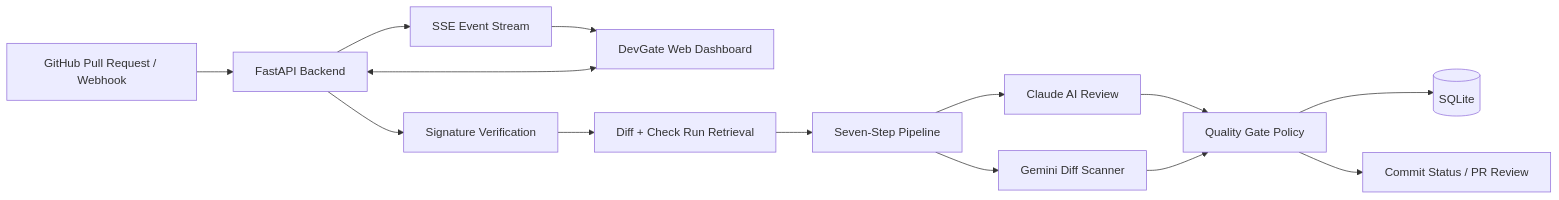
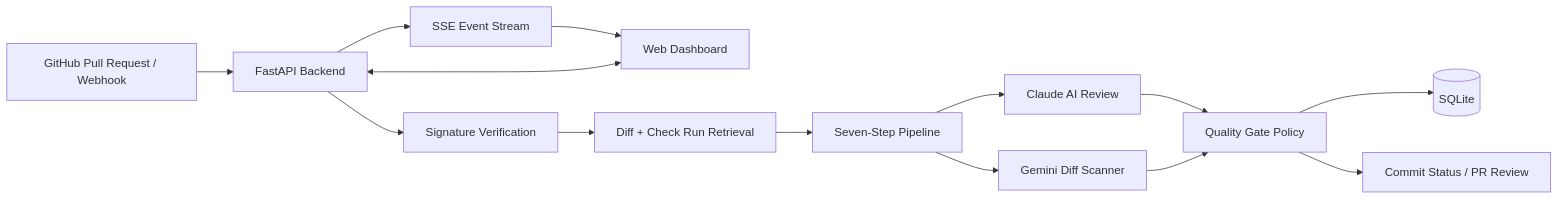
Before and after one commit to Hacksking/Psuedo-Help-console: the first of 2 diagrams in README.md, drawn with Mermaid. The commit also changed other lines of this file and 6 other files, not shown here.

````diff
--- a/README.md
+++ b/README.md
@@ -101,16 +131,16 @@
 ```mermaid
 flowchart LR
     GH[GitHub Pull Request / Webhook] --> API[FastAPI Backend]
-    UI[DevGate Web Dashboard] <--> API
+    UI[Web Dashboard] <--> API
     API --> SIG[Signature Verification]
     SIG --> DIFF[Diff + Check Run Retrieval]
     DIFF --> PIPE[Seven-Step Pipeline]
     PIPE --> REVIEW[Claude AI Review]
     PIPE --> SCAN[Gemini Diff Scanner]
     REVIEW --> GATE[Quality Gate Policy]
     SCAN --> GATE
     GATE --> DB[(SQLite)]
     GATE --> OUT[Commit Status / PR Review]
     API --> SSE[SSE Event Stream]
     SSE --> UI
 ```
````
